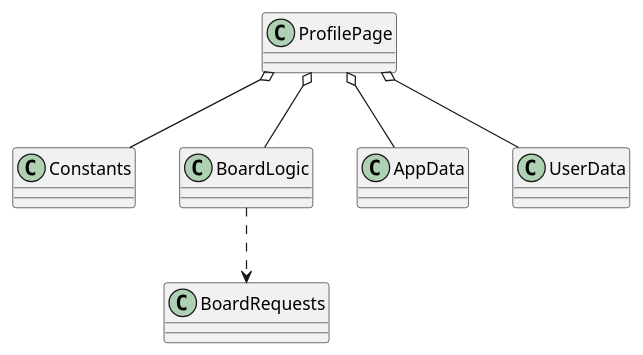
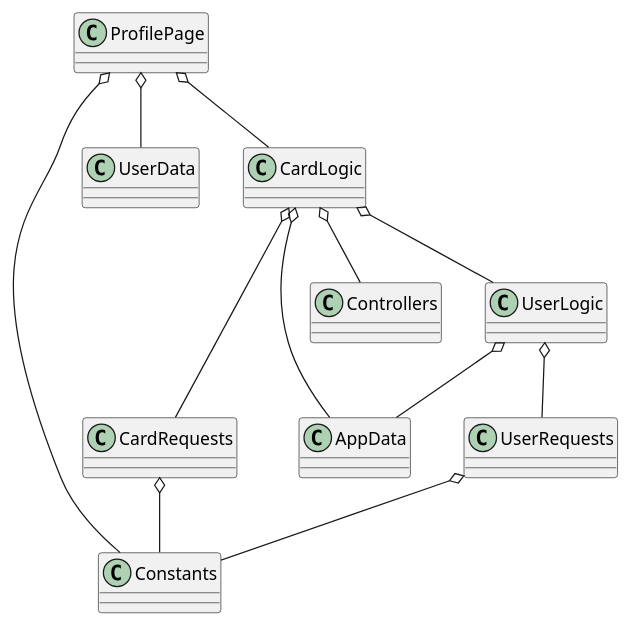
One commit to 4Whiskas/kursach changed the diagram in uml/classes/common/profile.puml. Above: the diagram before and after it, drawn with PlantUML. The commit also changed 7 other files, not shown here.

```diff
--- a/uml/classes/common/profile.puml
+++ b/uml/classes/common/profile.puml
@@ -1,19 +1,26 @@
 @startuml
 'https://plantuml.com/class-diagram
 
 class ProfilePage
 class Constants
-class BoardLogic
-class BoardRequests
+class CardRequests
 class AppData
 class UserData
+class CardLogic
+class Controllers
+class UserLogic
+class UserRequests
 
 ProfilePage o-- Constants
-ProfilePage o-- AppData
-ProfilePage o-- BoardLogic
-BoardLogic ..> BoardRequests
+ProfilePage o-- CardLogic
+CardLogic o-- CardRequests
+CardLogic o-- AppData
+CardLogic o-- Controllers
+CardLogic o-- UserLogic
+UserLogic o-- UserRequests
+UserLogic o-- AppData
 ProfilePage o-- UserData
-
-
+CardRequests o-- Constants
+UserRequests o-- Constants
 
 @enduml
```
